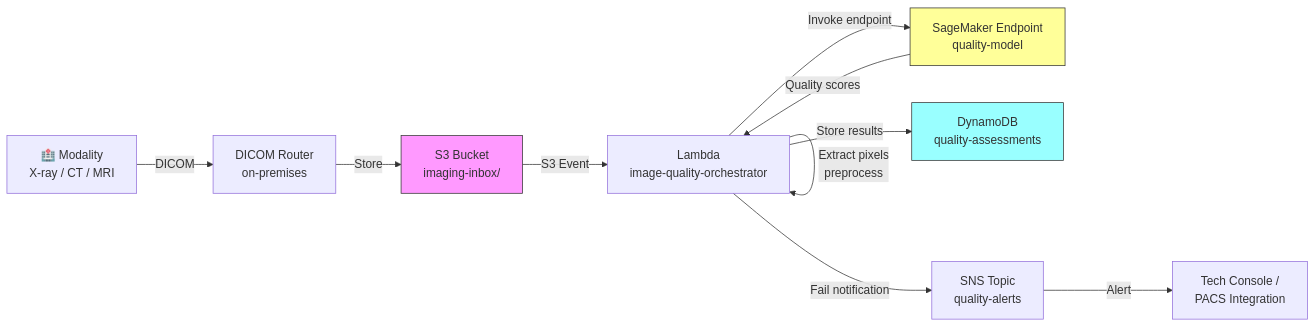
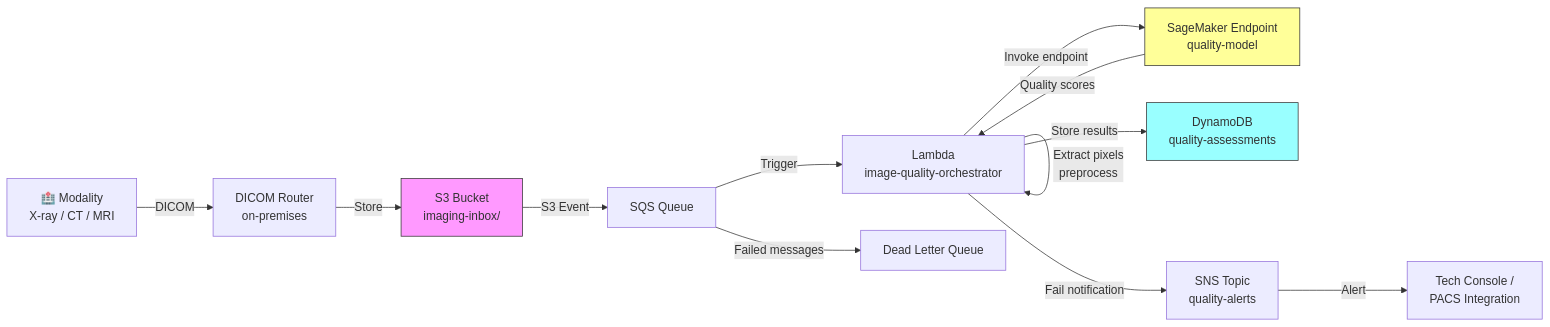
The diagram in chapter09.01-image-quality-assessment.md (ccrngd1/HCLS-ai-book), drawn with Mermaid before and after one commit. The commit also changed other lines of this file and 4 other files, not shown here.

````diff
--- a/chapter09.01-image-quality-assessment.md
+++ b/chapter09.01-image-quality-assessment.md
@@ -109,16 +109,18 @@
 ```mermaid
 flowchart LR
     A[🏥 Modality\nX-ray / CT / MRI] -->|DICOM| B[DICOM Router\non-premises]
     B -->|Store| C[S3 Bucket\nimaging-inbox/]
-    C -->|S3 Event| D[Lambda\nimage-quality-orchestrator]
+    C -->|S3 Event| Q[SQS Queue]
+    Q -->|Trigger| D[Lambda\nimage-quality-orchestrator]
     D -->|Extract pixels\npreprocess| D
     D -->|Invoke endpoint| E[SageMaker Endpoint\nquality-model]
     E -->|Quality scores| D
     D -->|Store results| F[DynamoDB\nquality-assessments]
     D -->|Fail notification| G[SNS Topic\nquality-alerts]
     G -->|Alert| H[Tech Console /\nPACS Integration]
+    Q -->|Failed messages| DLQ[Dead Letter Queue]
 
     style C fill:#f9f,stroke:#333
     style E fill:#ff9,stroke:#333
     style F fill:#9ff,stroke:#333
 ```
````
